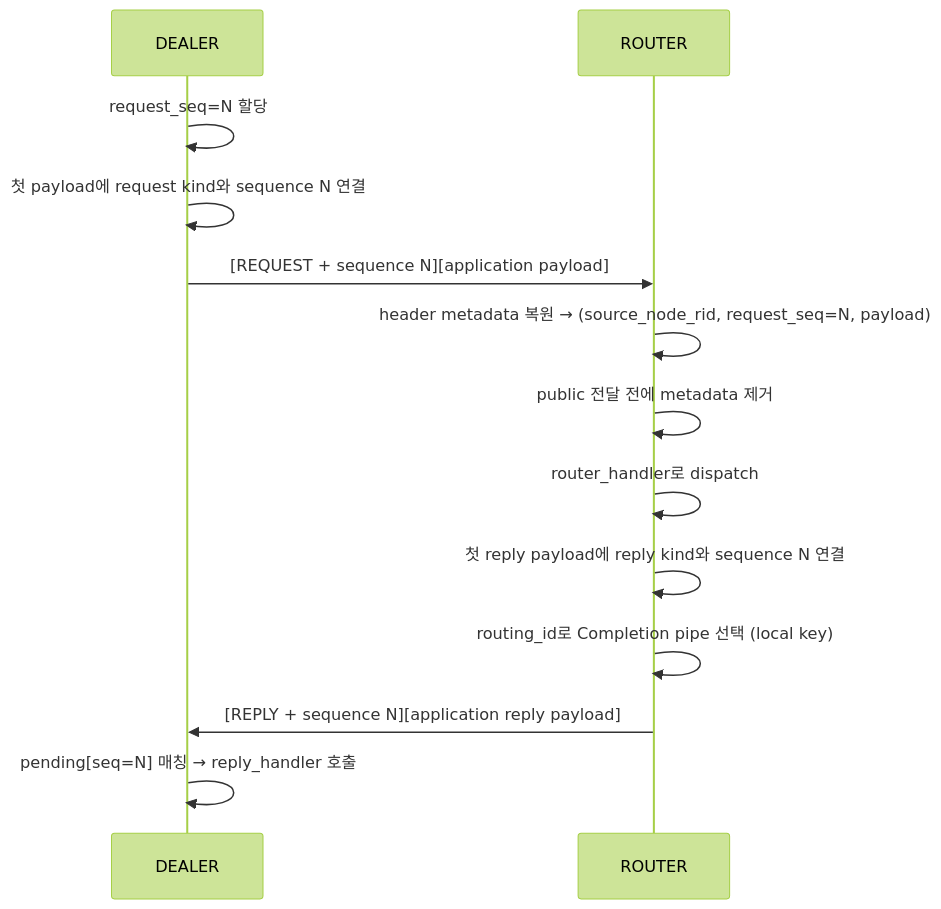
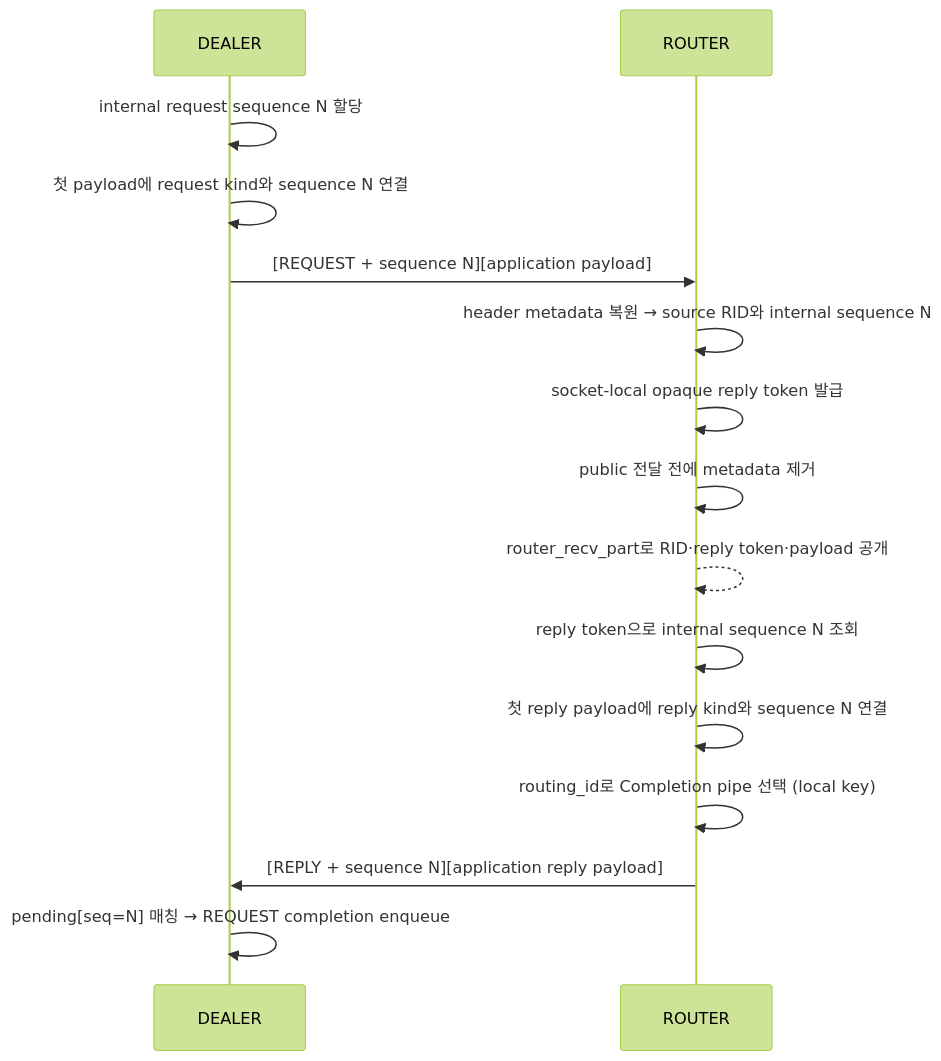
Before and after one commit to zlink-systems/zlink: the second of 2 diagrams in core/doc/spec/core/protocol/01-zmp.ko.md, drawn with Mermaid (forest theme). The commit also changed other lines of this file and 49 other files, not shown here.

First line of the commit message:
docs(spec): define pull socket completion and receive contracts

````diff
--- a/core/doc/spec/core/protocol/01-zmp.ko.md
+++ b/core/doc/spec/core/protocol/01-zmp.ko.md
@@ -269,16 +267,18 @@
 ```mermaid
 sequenceDiagram
     participant D as DEALER
     participant R as ROUTER
 
-    D->>D: request_seq=N 할당
+    D->>D: internal request sequence N 할당
     D->>D: 첫 payload에 request kind와 sequence N 연결
     D->>R: [REQUEST + sequence N][application payload]
-    R->>R: header metadata 복원 → (source_node_rid, request_seq=N, payload)
+    R->>R: header metadata 복원 → source RID와 internal sequence N
+    R->>R: socket-local opaque reply token 발급
     R->>R: public 전달 전에 metadata 제거
-    R->>R: router_handler로 dispatch
+    R-->>R: router_recv_part로 RID·reply token·payload 공개
+    R->>R: reply token으로 internal sequence N 조회
     R->>R: 첫 reply payload에 reply kind와 sequence N 연결
     R->>R: routing_id로 Completion pipe 선택 (local key)
     R->>D: [REPLY + sequence N][application reply payload]
-    D->>D: pending[seq=N] 매칭 → reply_handler 호출
+    D->>D: pending[seq=N] 매칭 → REQUEST completion enqueue
 ```
````
